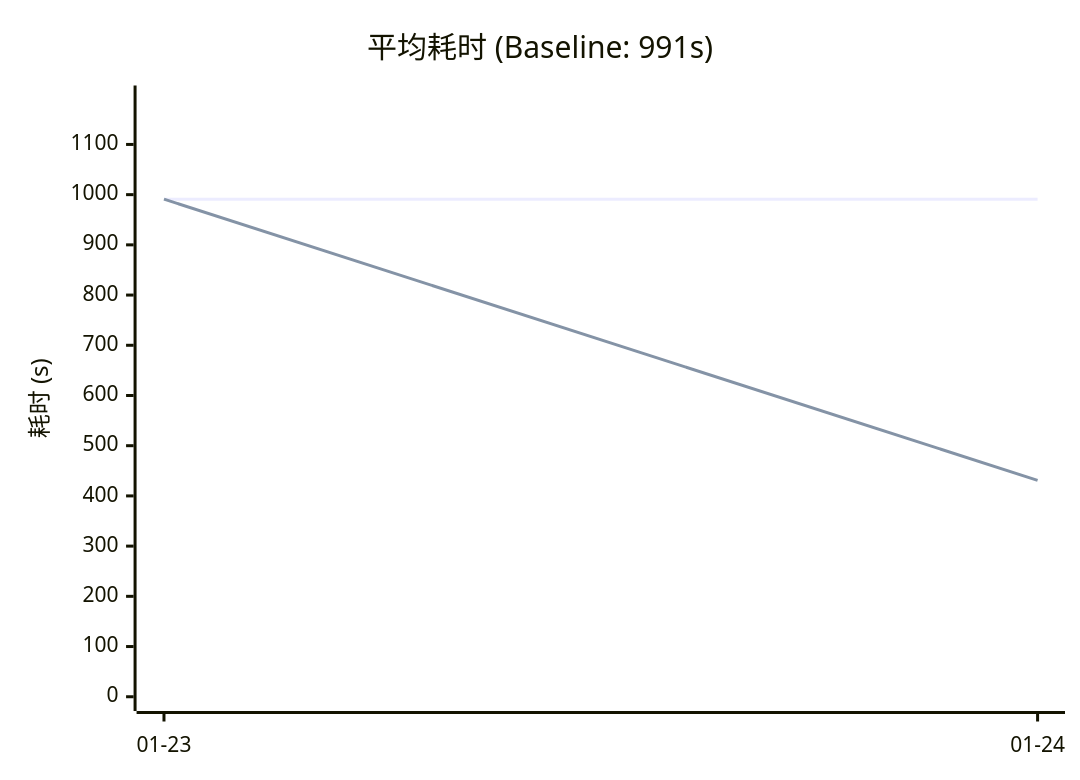
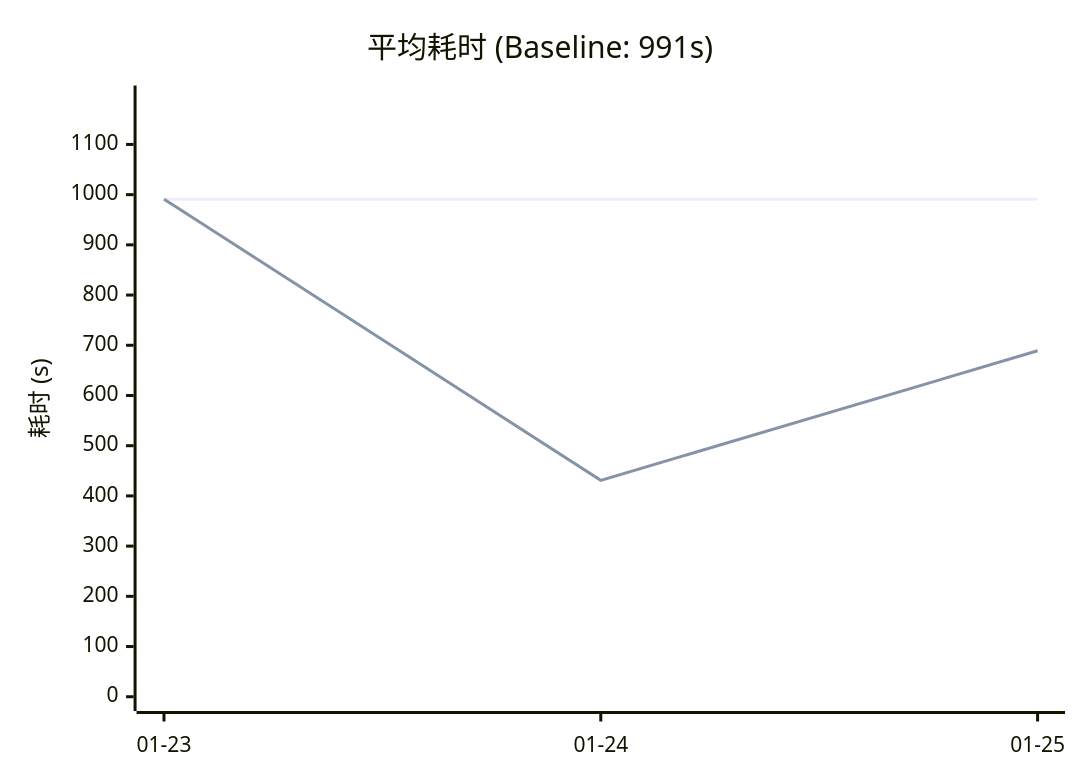
Before and after one commit to gongxh13/rca-agent: the sixth of 7 diagrams in evaluation/README.md, drawn with Mermaid. The commit also changed other lines of this file and 154 other files, not shown here.

````diff
--- a/evaluation/README.md
+++ b/evaluation/README.md
@@ -115,8 +116,8 @@
 ```mermaid
 xychart-beta
     title "平均耗时 (Baseline: 991s)"
-    x-axis ["01-23", "01-24"]
+    x-axis ["01-23", "01-24", "01-25"]
     y-axis "耗时 (s)" 0 --> 1189
-    line [991, 991]
-    line [991, 431]
+    line [991, 991, 991]
+    line [991, 431, 689]
 ```
````
